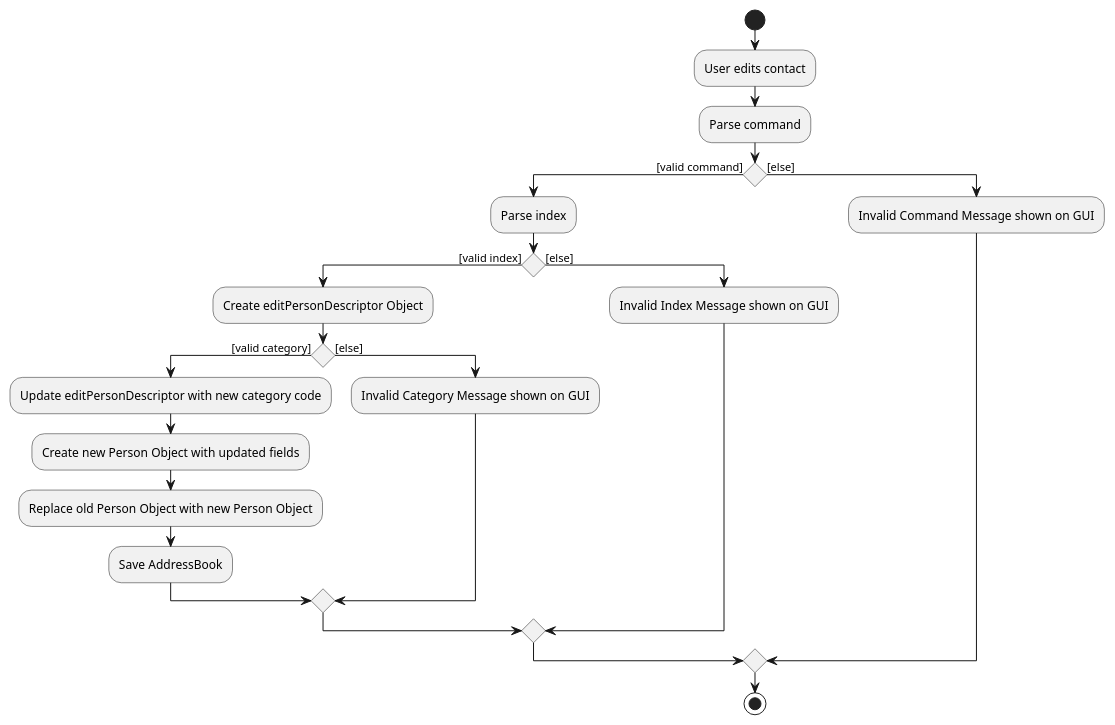
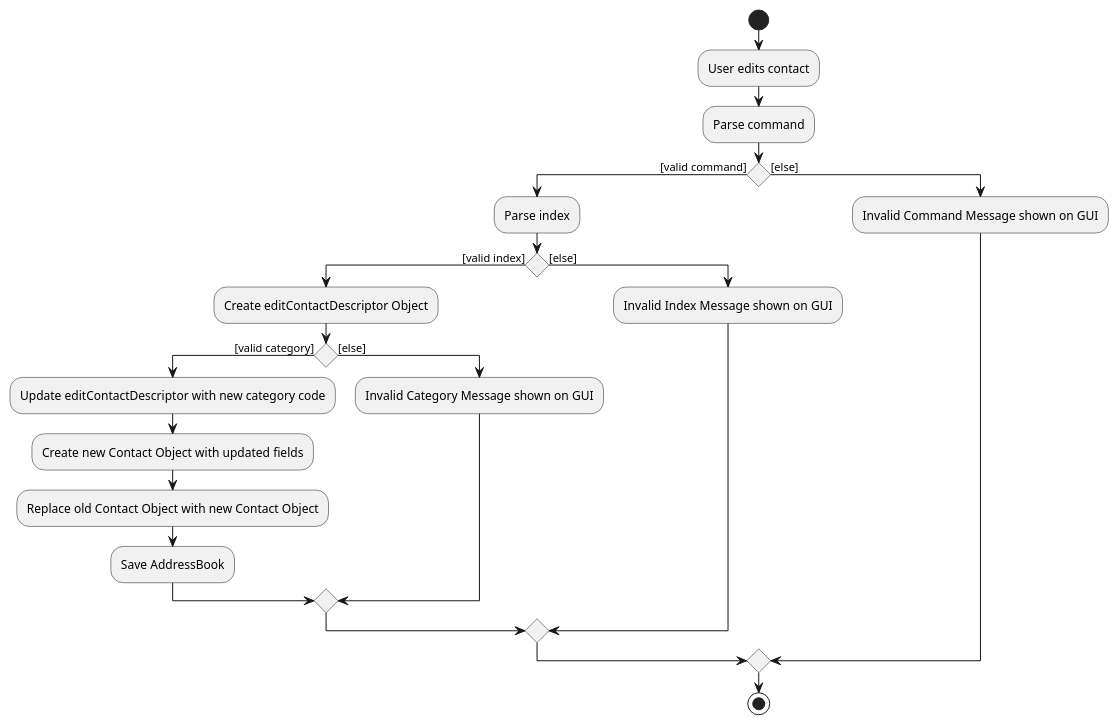
Before and after one commit to nus-cs2103-AY2122S1/tp: the diagram in docs/diagrams/EditCategoryActivityDiagram.puml, drawn with PlantUML. The commit also changed 15 other files, not shown here.

Commit message:
Change person to contacts for documentation and diagrams

```diff
--- a/docs/diagrams/EditCategoryActivityDiagram.puml
+++ b/docs/diagrams/EditCategoryActivityDiagram.puml
@@ -1,27 +1,27 @@
 @startuml
 'https://plantuml.com/activity-diagram-beta
 
 start
 :User edits contact;
 :Parse command;
 if () then ([valid command])
     :Parse index;
     if() then ([valid index])
-        :Create editPersonDescriptor Object;
+        :Create editContactDescriptor Object;
         if() then ([valid category])
-            :Update editPersonDescriptor with new category code;
-            :Create new Person Object with updated fields;
-            :Replace old Person Object with new Person Object;
+            :Update editContactDescriptor with new category code;
+            :Create new Contact Object with updated fields;
+            :Replace old Contact Object with new Contact Object;
             :Save AddressBook;
         else([else])
             :Invalid Category Message shown on GUI;
             endif
     else([else])
         :Invalid Index Message shown on GUI;
     endif
 else ([else])
 :Invalid Command Message shown on GUI;
 endif
 stop
 
 @enduml
```
